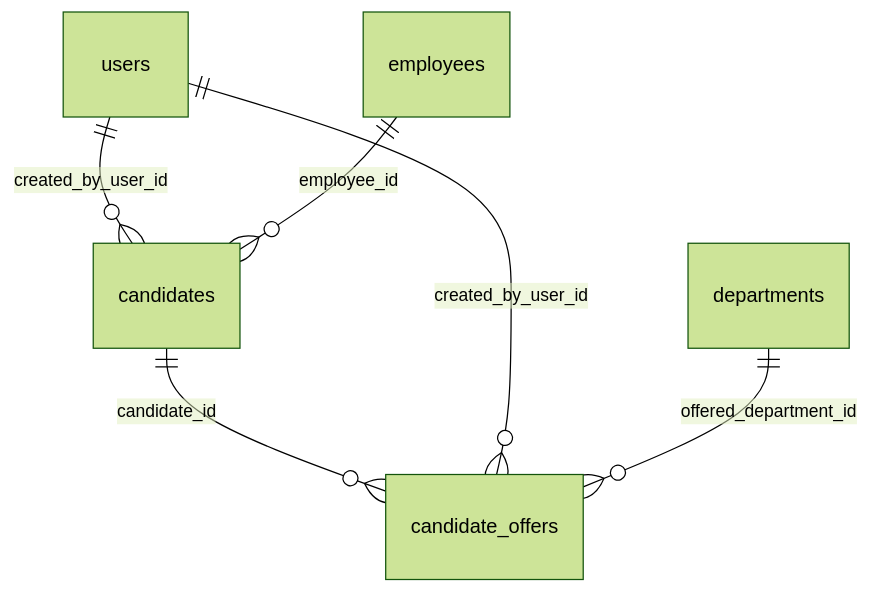
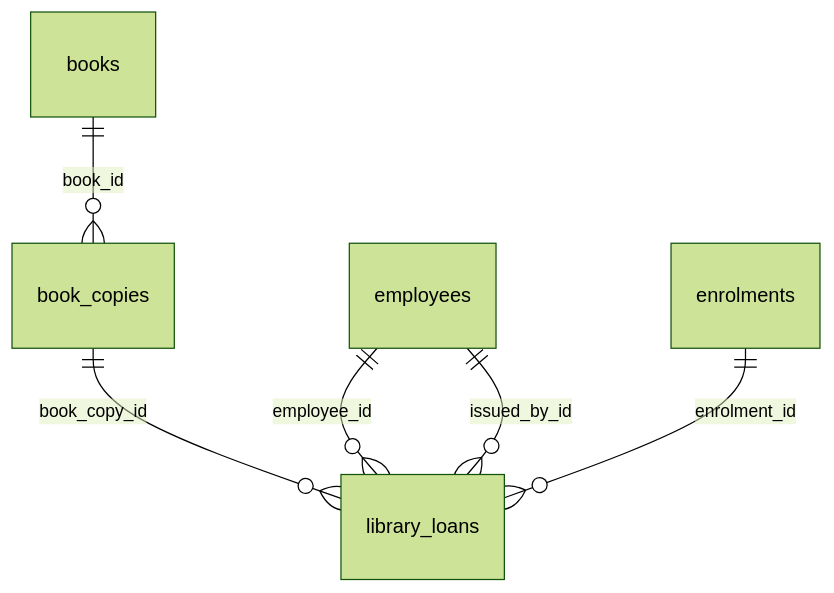
One commit to shivansh2277/School-management-system changed diagram 11 of 27 in docs/DATABASE.md. Above: the diagram before and after it, drawn with Mermaid (forest theme). The commit also changed other lines of this file and 348 other files, not shown here.

````diff
--- a/docs/DATABASE.md
+++ b/docs/DATABASE.md
@@ -1605,8 +1694,8 @@
 ```mermaid
 erDiagram
-    users ||--o{ candidates : "created_by_user_id"
-    employees ||--o{ candidates : "employee_id"
-    candidates ||--o{ candidate_offers : "candidate_id"
-    users ||--o{ candidate_offers : "created_by_user_id"
-    departments ||--o{ candidate_offers : "offered_department_id"
+    books ||--o{ book_copies : "book_id"
+    book_copies ||--o{ library_loans : "book_copy_id"
+    employees ||--o{ library_loans : "employee_id"
+    enrolments ||--o{ library_loans : "enrolment_id"
+    employees ||--o{ library_loans : "issued_by_id"
 ```
````
